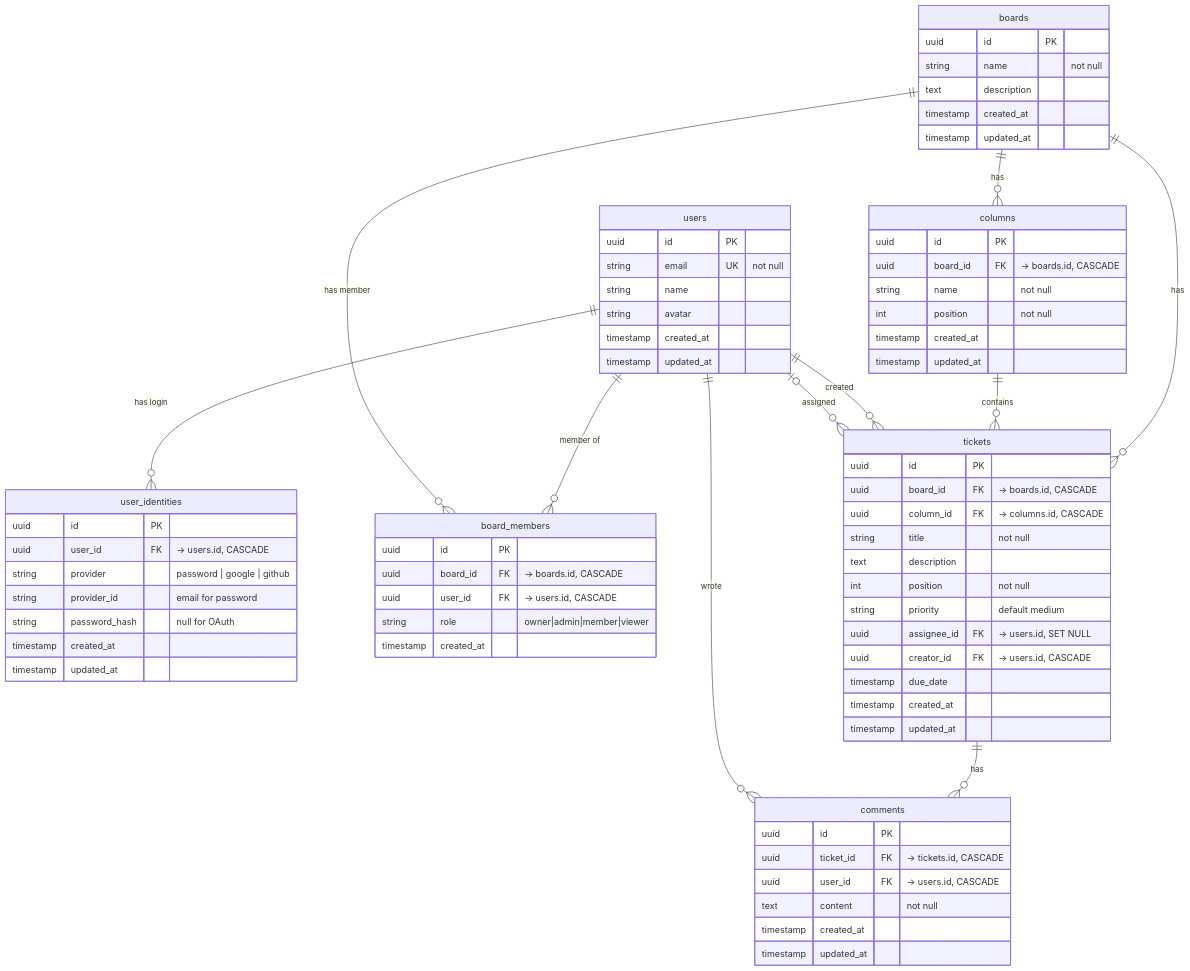
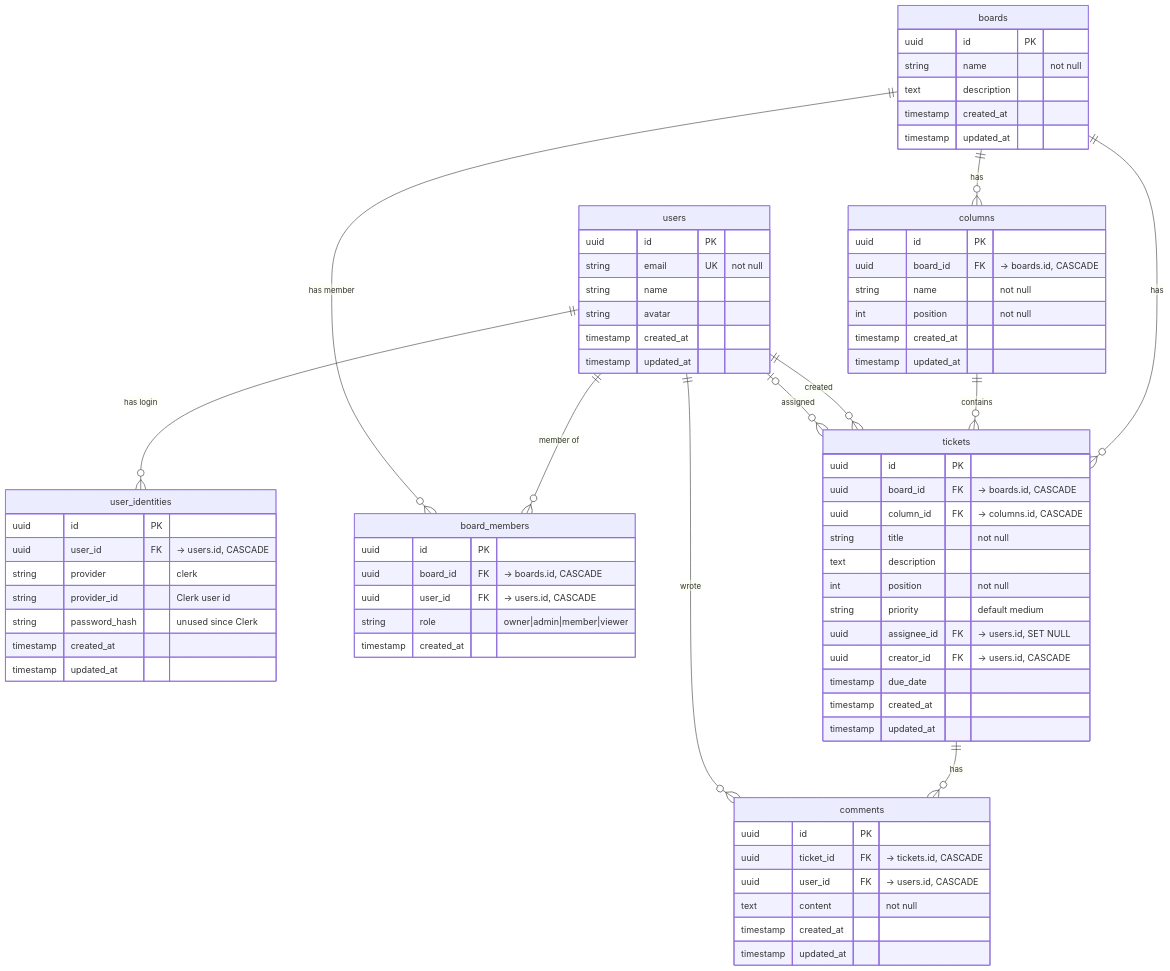
One commit to MicolGiannelli19/taskflow changed the first of 2 diagrams in backend/docs/schema.md. Above: the diagram before and after it, drawn with Mermaid. The commit also changed other lines of this file and 5 other files, not shown here.

````diff
--- a/backend/docs/schema.md
+++ b/backend/docs/schema.md
@@ -17,81 +17,81 @@
 ```mermaid
 erDiagram
     users ||--o{ user_identities : "has login"
     users ||--o{ board_members  : "member of"
     boards ||--o{ board_members : "has member"
     boards ||--o{ columns       : "has"
     boards ||--o{ tickets       : "has"
     columns ||--o{ tickets      : "contains"
     tickets ||--o{ comments     : "has"
     users ||--o{ tickets        : "created"
     users |o--o{ tickets        : "assigned"
     users ||--o{ comments       : "wrote"
 
     users {
         uuid id PK
         string email UK "not null"
         string name
         string avatar
         timestamp created_at
         timestamp updated_at
     }
 
     user_identities {
         uuid id PK
         uuid user_id FK "-> users.id, CASCADE"
-        string provider "password | google | github"
-        string provider_id "email for password"
-        string password_hash "null for OAuth"
+        string provider "clerk"
+        string provider_id "Clerk user id"
+        string password_hash "unused since Clerk"
         timestamp created_at
         timestamp updated_at
     }
 
     boards {
         uuid id PK
         string name "not null"
         text description
         timestamp created_at
         timestamp updated_at
     }
 
     board_members {
         uuid id PK
         uuid board_id FK "-> boards.id, CASCADE"
         uuid user_id FK "-> users.id, CASCADE"
         string role "owner|admin|member|viewer"
         timestamp created_at
     }
 
     columns {
         uuid id PK
         uuid board_id FK "-> boards.id, CASCADE"
         string name "not null"
         int position "not null"
         timestamp created_at
         timestamp updated_at
     }
 
     tickets {
         uuid id PK
         uuid board_id FK "-> boards.id, CASCADE"
         uuid column_id FK "-> columns.id, CASCADE"
         string title "not null"
         text description
         int position "not null"
         string priority "default medium"
         uuid assignee_id FK "-> users.id, SET NULL"
         uuid creator_id FK "-> users.id, CASCADE"
         timestamp due_date
         timestamp created_at
         timestamp updated_at
     }
 
     comments {
         uuid id PK
         uuid ticket_id FK "-> tickets.id, CASCADE"
         uuid user_id FK "-> users.id, CASCADE"
         text content "not null"
         timestamp created_at
         timestamp updated_at
     }
 ```
````
